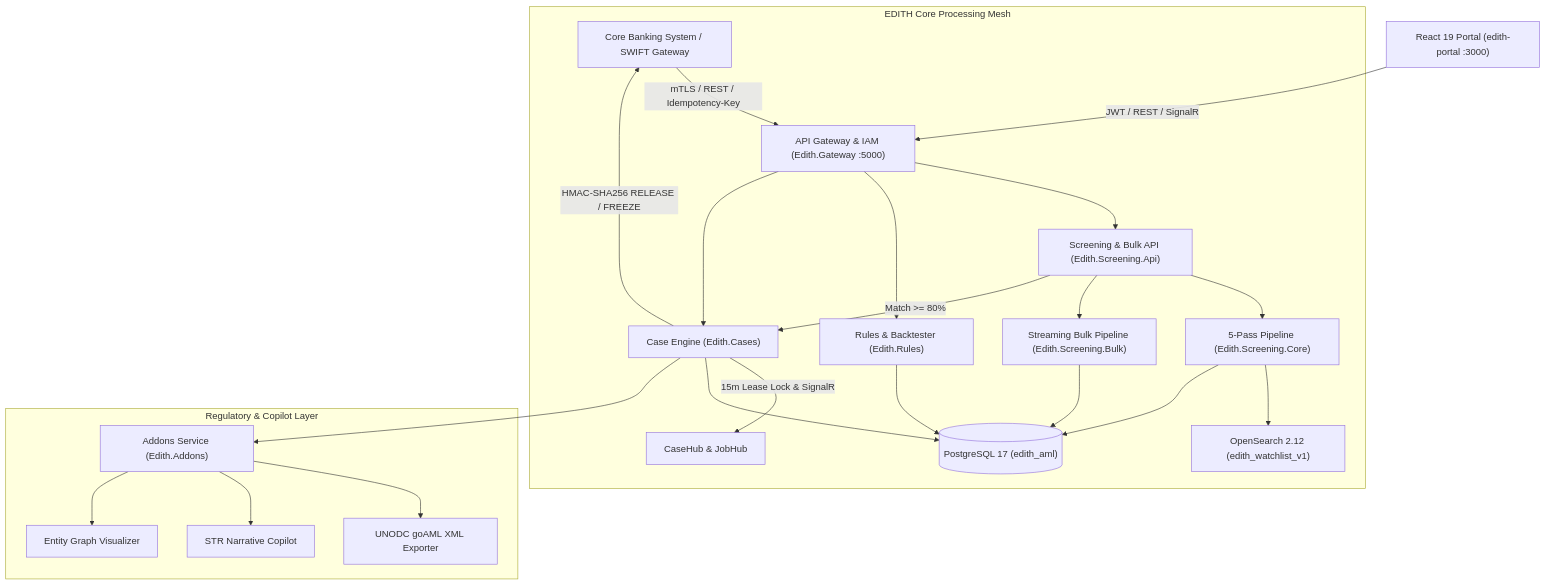
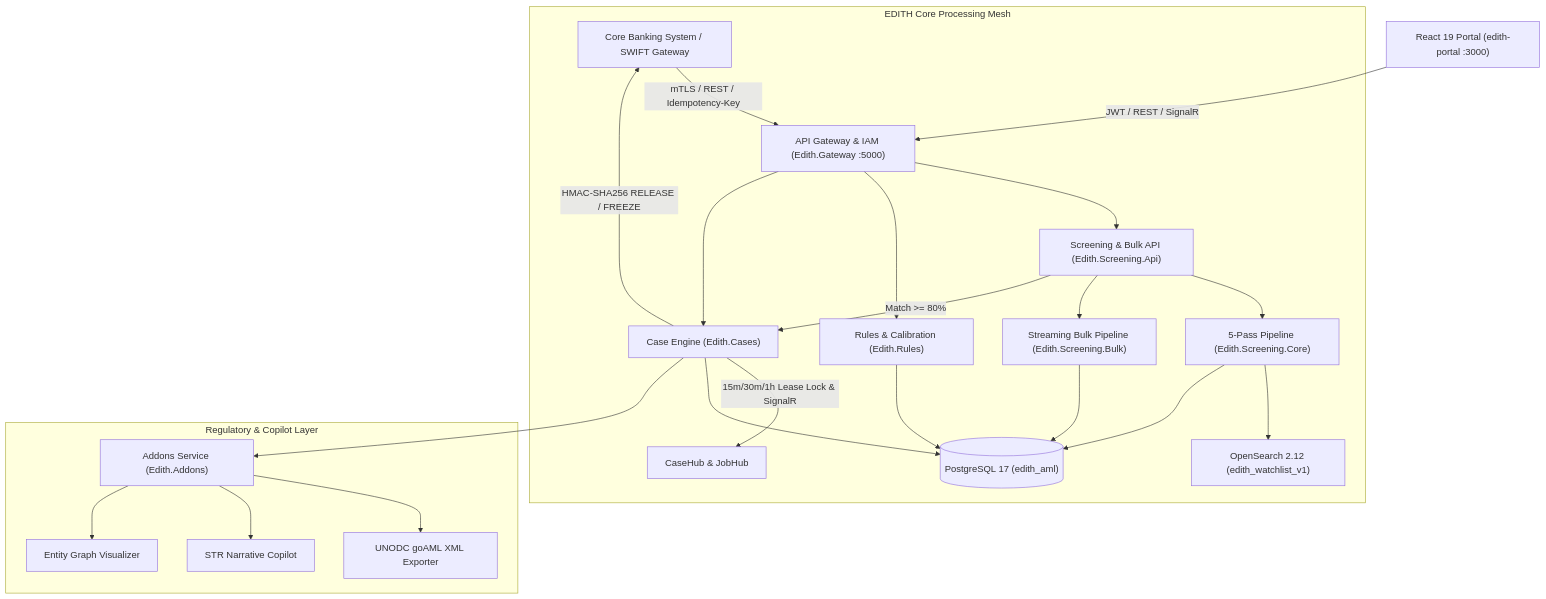
Before and after one commit to ju5tin8924/EDITH: the diagram in README.md, drawn with Mermaid. The commit also changed other lines of this file and 96 other files, not shown here.

````diff
--- a/README.md
+++ b/README.md
@@ -58,30 +77,30 @@
 ```mermaid
 flowchart TD
     CBS["Core Banking System / SWIFT Gateway"] -->|mTLS / REST / Idempotency-Key| GW["API Gateway & IAM (Edith.Gateway :5000)"]
     UI["React 19 Portal (edith-portal :3000)"] -->|JWT / REST / SignalR| GW
 
     subgraph Core Engine [EDITH Core Processing Mesh]
         GW --> SCREEN["Screening & Bulk API (Edith.Screening.Api)"]
         SCREEN --> CORE["5-Pass Pipeline (Edith.Screening.Core)"]
         SCREEN --> BULK["Streaming Bulk Pipeline (Edith.Screening.Bulk)"]
         CORE --> OS["OpenSearch 2.12 (edith_watchlist_v1)"]
         CORE --> PG[("PostgreSQL 17 (edith_aml)")]
         BULK --> PG
 
-        GW --> RULES["Rules & Backtester (Edith.Rules)"]
+        GW --> RULES["Rules & Calibration (Edith.Rules)"]
         RULES --> PG
 
         SCREEN -->|Match >= 80%| CASES["Case Engine (Edith.Cases)"]
         GW --> CASES
-        CASES -->|15m Lease Lock & SignalR| HUB["CaseHub & JobHub"]
+        CASES -->|15m/30m/1h Lease Lock & SignalR| HUB["CaseHub & JobHub"]
         CASES -->|HMAC-SHA256 RELEASE / FREEZE| CBS
         CASES --> PG
     end
 
     subgraph Addons & Reporting [Regulatory & Copilot Layer]
         CASES --> ADDONS["Addons Service (Edith.Addons)"]
         ADDONS --> GOAML["UNODC goAML XML Exporter"]
         ADDONS --> AI["STR Narrative Copilot"]
         ADDONS --> GRAPH["Entity Graph Visualizer"]
     end
 ```
````
